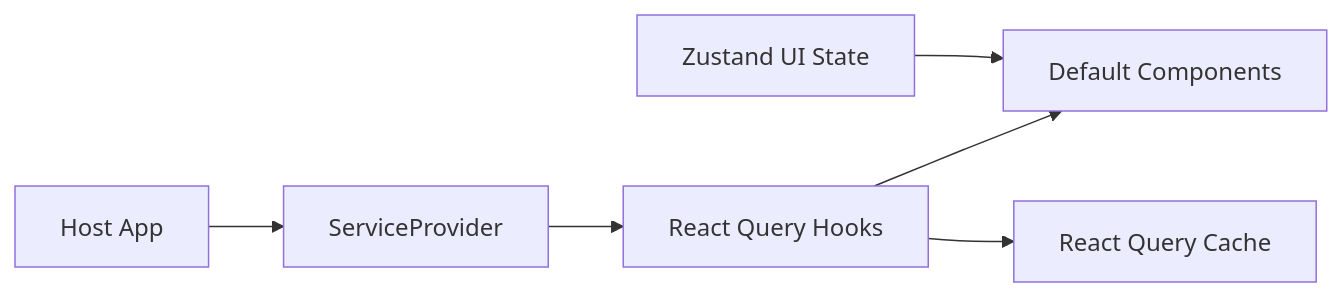
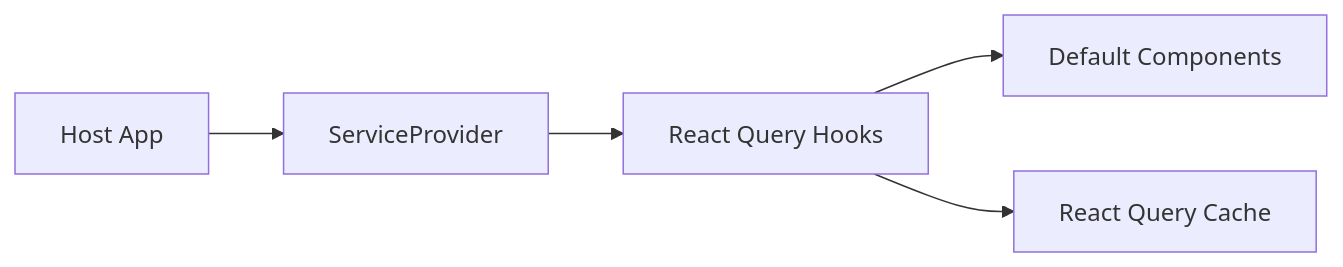
Before and after one commit to givingwu/bifrost-chat: the diagram in docs/architecture-overview.md, drawn with Mermaid. The commit also changed 8 other files, not shown here.

````diff
--- a/docs/architecture-overview.md
+++ b/docs/architecture-overview.md
@@ -11,8 +11,7 @@
 ```mermaid
 graph LR
     Host[Host App] --> DI[ServiceProvider]
     DI --> Hooks[React Query Hooks]
     Hooks --> Components[Default Components]
     Hooks --> Cache[React Query Cache]
-    UIState[Zustand UI State] --> Components
 ```
````
